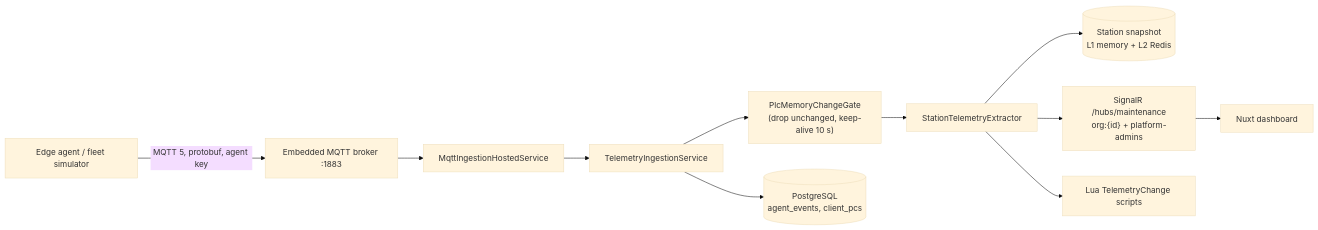
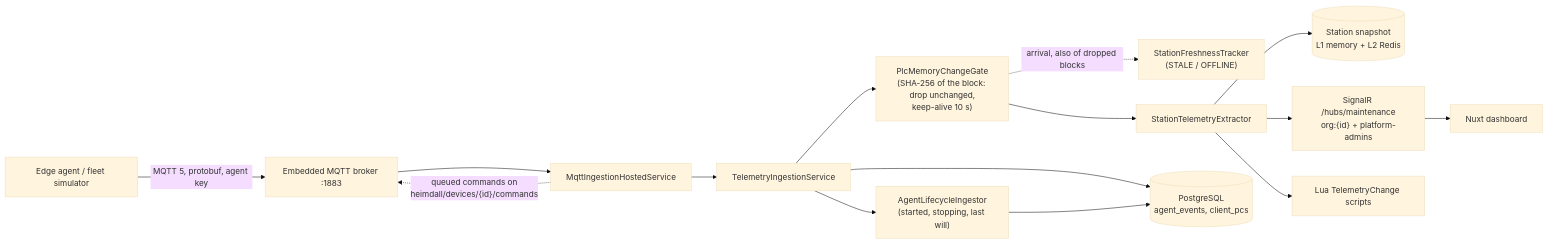
The diagram in docs/architecture/SYSTEM_ARCHITECTURE.md (0xLufis/heimdall), drawn with Mermaid (base theme) before and after one commit. The commit also changed other lines of this file and 19 other files, not shown here.

First line of the commit message:
docs: diagrams and their prose match the code; findings in the TODO

````diff
--- a/docs/architecture/SYSTEM_ARCHITECTURE.md
+++ b/docs/architecture/SYSTEM_ARCHITECTURE.md
@@ -265,13 +280,17 @@
 ```mermaid
 flowchart LR
     Agent["Edge agent / fleet simulator"] -- "MQTT 5, protobuf, agent key" --> Broker["Embedded MQTT broker :1883"]
     Broker --> Ingest["MqttIngestionHostedService"]
     Ingest --> Service["TelemetryIngestionService"]
-    Service --> Gate["PlcMemoryChangeGate<br/>(drop unchanged, keep-alive 10 s)"]
+    Service --> Gate["PlcMemoryChangeGate<br/>(SHA-256 of the block: drop unchanged,<br/>keep-alive 10 s)"]
+    Gate -.->|"arrival, also of dropped blocks"| Fresh["StationFreshnessTracker<br/>(STALE / OFFLINE)"]
     Gate --> Extract["StationTelemetryExtractor"]
     Extract --> Cache[("Station snapshot<br/>L1 memory + L2 Redis")]
     Extract --> Hub["SignalR /hubs/maintenance<br/>org:{id} + platform-admins"]
     Extract --> Lua["Lua TelemetryChange scripts"]
     Service --> DB[("PostgreSQL<br/>agent_events, client_pcs")]
+    Service --> Life["AgentLifecycleIngestor<br/>(started, stopping, last will)"]
+    Life --> DB
+    Ingest -.->|"queued commands on<br/>heimdall/devices/{id}/commands"| Broker
     Hub --> Browser["Nuxt dashboard"]
 ```
````
